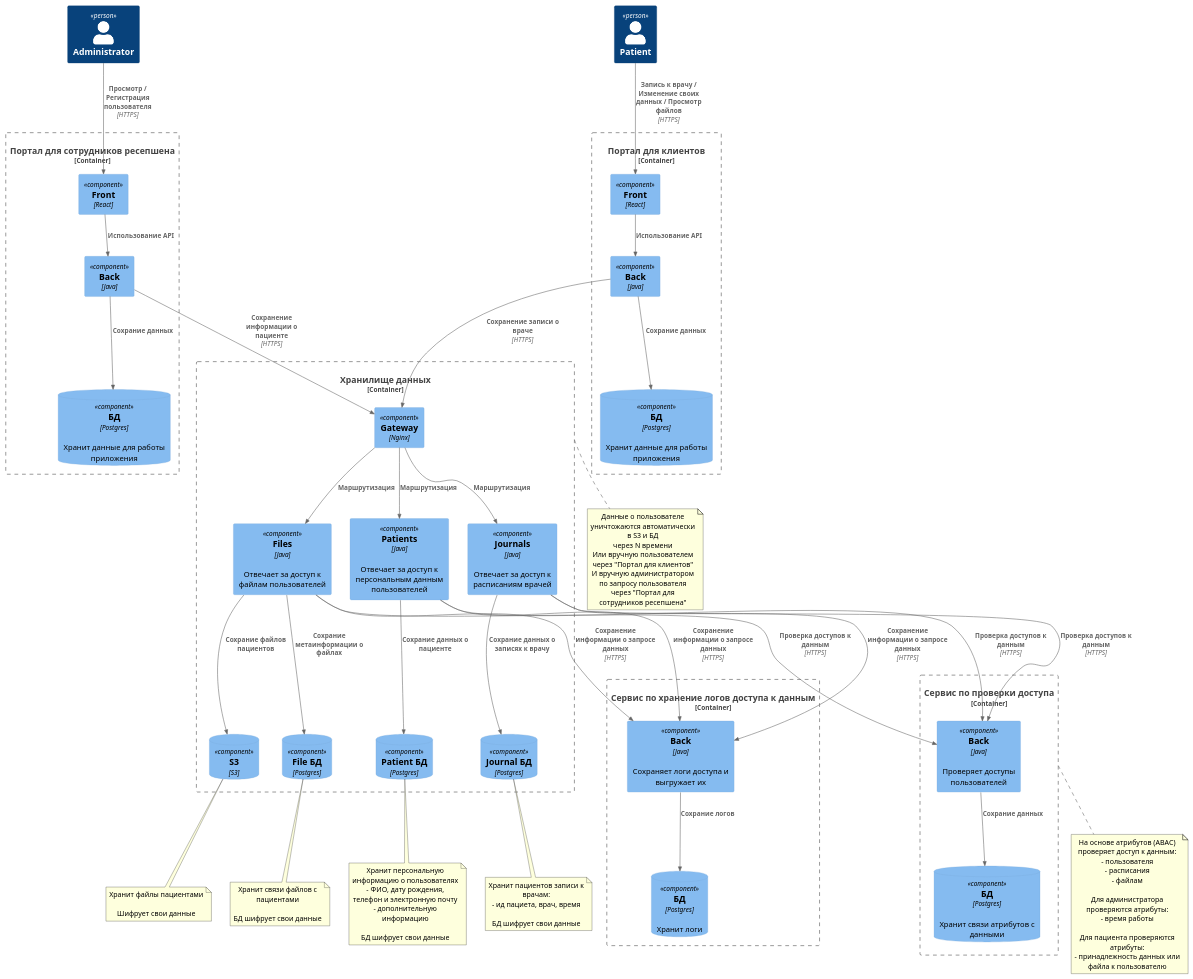
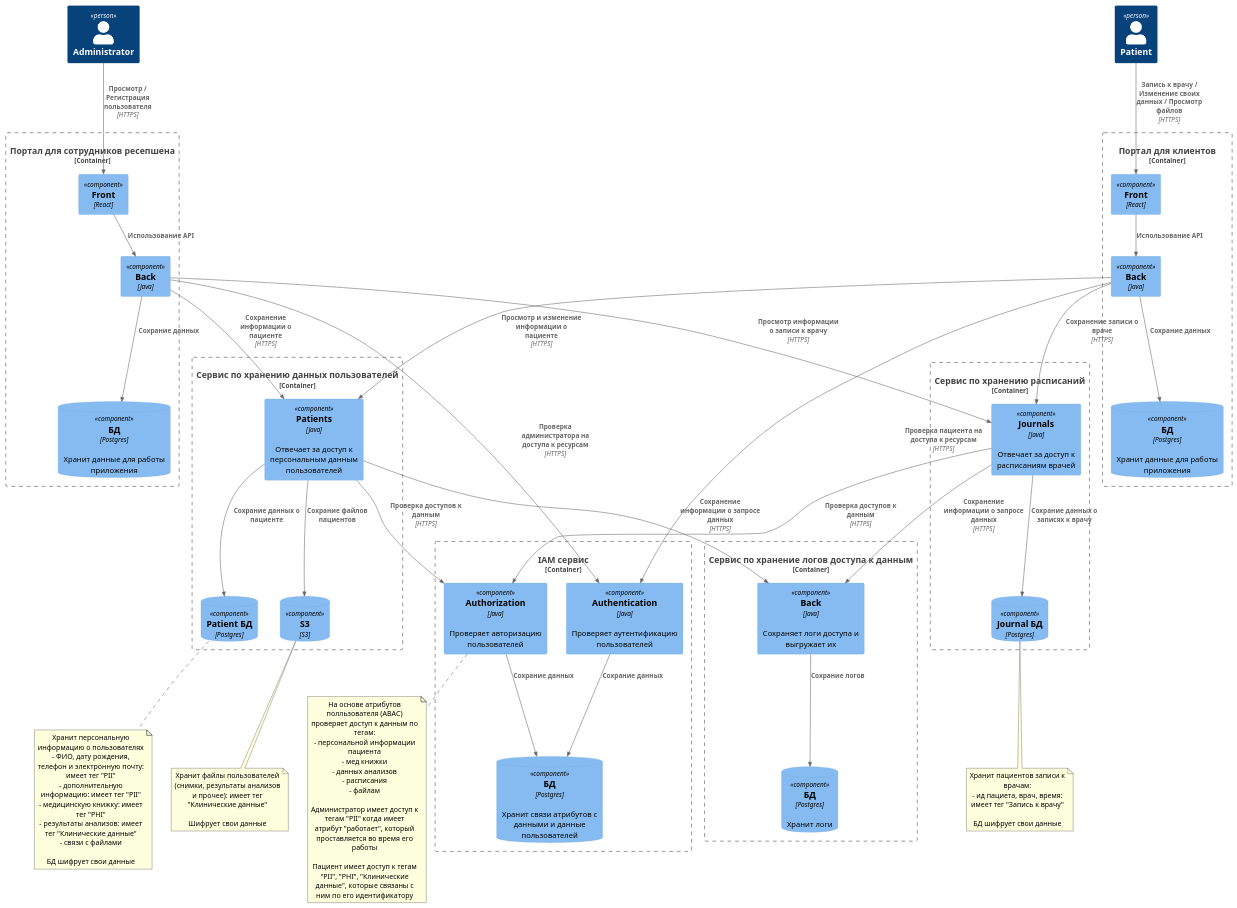
The diagram in Exc2/C4_container.puml (Implozium/architecture-sprint-10), drawn with PlantUML before and after one commit. The commit also changed 1 other file, not shown here.

```diff
--- a/Exc2/C4_container.puml
+++ b/Exc2/C4_container.puml
@@ -1,123 +1,112 @@
 @startuml
 !include https://raw.githubusercontent.com/plantuml-stdlib/C4-PlantUML/master/C4_Component.puml
 
 Person(administrator, "Administrator")
 Person(patient, "Patient")
 
 Container_Boundary(logService, "Сервис по хранение логов доступа к данным") {
     Component(logServiceBack, "Back", "Java", "Сохраняет логи доступа и выгружает их")
     ComponentDb(logServiceDB, "БД", "Postgres", "Хранит логи")
 
     Rel(logServiceBack, logServiceDB, "Сохрание логов")
 }
 
-Container_Boundary(accessService, "Сервис по проверки доступа") {
-    Component(accessServiceBack, "Back", "Java", "Проверяет доступы пользователей")
-    ComponentDb(accessServiceDB, "БД", "Postgres", "Хранит связи атрибутов с данными")
+Container_Boundary(iamService, "IAM сервис") {
+    Component(iamServiceAuthentication, "Authentication", "Java", "Проверяет аутентификацию пользователей")
+    Component(iamServiceAuthorization, "Authorization", "Java", "Проверяет авторизацию пользователей")
+    ComponentDb(iamServiceDB, "БД", "Postgres", "Хранит связи атрибутов с данными и данные пользователей")
 
-    Rel(accessServiceBack, accessServiceDB, "Сохрание данных")
+    Rel(iamServiceAuthentication, iamServiceDB, "Сохрание данных")
+    Rel(iamServiceAuthorization, iamServiceDB, "Сохрание данных")
 }
 
-note bottom of accessService
-На основе атрибутов (ABAC) проверяет доступ к данным:
-- пользователя
+note bottom of iamServiceAuthorization
+На основе атрибутов полльзователя (ABAC) проверяет доступ к данным по тегам:
+- персональной информации пациента
+- мед книжки
+- данных анализов
 - расписания
 - файлам
 
-Для администратора проверяются атрибуты:
-- время работы
+Администратор имеет доступ к тегам "PII" когда имеет атрибут "работает", который проставляется во время его работы
 
-Для пациента проверяются атрибуты:
-- принадлежность данных или файла к пользователю 
+Пациент имеет доступ к тегам "PII", "PHI", "Клинические данные", которые связаны с ним по его идентификатору
 end note
 
-Container_Boundary(dataWarehouse, "Хранилище данных") {
-    Component(dataWarehouseGateway, "Gateway", "Nginx")
-    Component(dataWarehousePatients, "Patients", "Java", "Отвечает за доступ к персональным данным пользователей")
-    Component(dataWarehouseJournals, "Journals", "Java", "Отвечает за доступ к расписаниям врачей")
-    Component(dataWarehouseFiles, "Files", "Java", "Отвечает за доступ к файлам пользователей")
+Container_Boundary(patientService, "Сервис по хранению данных пользователей") {
+    Component(patientsCore, "Patients", "Java", "Отвечает за доступ к персональным данным пользователей")
+    ComponentDb(patientDB, "Patient БД", "Postgres")
+    ComponentDb(patientS3, "S3", "S3")
 
-    ComponentDb(dataWarehousePatientDB, "Patient БД", "Postgres")
-    ComponentDb(dataWarehouseJournalDB, "Journal БД", "Postgres")
-    ComponentDb(dataWarehouseFileDB, "File БД", "Postgres")
-
-    ComponentDb(dataWarehouseS3, "S3", "S3")
-
-    Rel(dataWarehousePatients, dataWarehousePatientDB, "Сохрание данных о пациенте")
-    Rel(dataWarehouseJournals, dataWarehouseJournalDB, "Сохрание данных о записях к врачу")
-    Rel(dataWarehouseFiles, dataWarehouseFileDB, "Сохрание метаинформации о файлах")
-    Rel(dataWarehouseFiles, dataWarehouseS3, "Сохрание файлов пациентов")
-
-    Rel(dataWarehouseGateway, dataWarehousePatients, "Маршрутизация")
-    Rel(dataWarehouseGateway, dataWarehouseJournals, "Маршрутизация")
-    Rel(dataWarehouseGateway, dataWarehouseFiles, "Маршрутизация")
+    Rel(patientsCore, patientS3, "Сохрание файлов пациентов")
+    Rel(patientsCore, patientDB, "Сохрание данных о пациенте")
 }
 
-note bottom of dataWarehousePatientDB
+note bottom of patientDB
 Хранит персональную информацию о пользователях
-- ФИО, дату рождения, телефон и электронную почту
-- дополнительную информацию
+- ФИО, дату рождения, телефон и электронную почту: имеет тег "PII"
+- дополнительную информацию: имеет тег "PII"
+- медицинскую книжку: имеет тег "PHI"
+- результаты анализов: имеет тег "Клинические данные"
+- связи с файлами
 
 БД шифрует свои данные
 end note
 
-note bottom of dataWarehouseJournalDB
-Хранит пациентов записи к врачам:
-- ид пациета, врач, время
-
-БД шифрует свои данные
-end note
-
-note bottom of dataWarehouseFileDB
-Хранит связи файлов с пациентами
-
-БД шифрует свои данные
-end note
-
-note bottom of dataWarehouseS3
-Хранит файлы пациентами
+note bottom of patientS3
+Хранит файлы пользователей (снимки, результаты анализов и прочее): имеет тег "Клинические данные"
 
 Шифрует свои данные
 end note
 
-note bottom of dataWarehouse
-Данные о пользователе уничтожаются автоматически в S3 и БД
-через N времени
-Или вручную пользователем через "Портал для клиентов"
-И вручную администратором по запросу пользователя через "Портал для сотрудников ресепшена"
+Container_Boundary(journalService, "Сервис по хранению расписаний") {
+    Component(journalCore, "Journals", "Java", "Отвечает за доступ к расписаниям врачей")
+    ComponentDb(journalDB, "Journal БД", "Postgres")
+
+    Rel(journalCore, journalDB, "Сохрание данных о записях к врачу")
+}
+
+note bottom of journalDB
+Хранит пациентов записи к врачам:
+- ид пациета, врач, время: имеет тег "Запись к врачу"
+
+БД шифрует свои данные
 end note
 
 Container_Boundary(clientPortal, "Портал для клиентов") {
     Component(clientPortalFront, "Front", "React")
     Component(clientPortalBack, "Back", "Java")
     ComponentDb(clientPortalDB, "БД", "Postgres", "Хранит данные для работы приложения")
 
     Rel(clientPortalFront, clientPortalBack, "Использование API")
     Rel(clientPortalBack, clientPortalDB, "Сохрание данных")
 }
 
 Container_Boundary(administratorPortal, "Портал для сотрудников ресепшена") {
     Component(administratorPortalFront, "Front", "React")
     Component(administratorPortalBack, "Back", "Java")
     ComponentDb(administratorPortalDB, "БД", "Postgres", "Хранит данные для работы приложения")
 
     Rel(administratorPortalFront, administratorPortalBack, "Использование API")
     Rel(administratorPortalBack, administratorPortalDB, "Сохрание данных")
 }
 
-Rel(clientPortalBack, dataWarehouseGateway, "Сохранение записи о враче", "HTTPS")
-Rel(administratorPortalBack, dataWarehouseGateway, "Сохранение информации о пациенте", "HTTPS")
+Rel(clientPortalBack, journalCore, "Сохранение записи о враче", "HTTPS")
+Rel(clientPortalBack, patientsCore, "Просмотр и изменение информации о пациенте", "HTTPS")
+Rel(clientPortalBack, iamServiceAuthentication, "Проверка пациента на доступа к ресурсам", "HTTPS")
+
+Rel(administratorPortalBack, patientsCore, "Сохранение информации о пациенте", "HTTPS")
+Rel(administratorPortalBack, journalCore, "Просмотр информации о записи к врачу", "HTTPS")
+Rel(administratorPortalBack, iamServiceAuthentication, "Проверка администратора на доступа к ресурсам", "HTTPS")
 
 Rel(patient, clientPortalFront, "Запись к врачу / Изменение своих данных / Просмотр файлов", "HTTPS")
 
 Rel(administrator, administratorPortalFront, "Просмотр / Регистрация пользователя", "HTTPS")
 
-Rel(dataWarehousePatients, accessServiceBack, "Проверка доступов к данным", "HTTPS")
-Rel(dataWarehouseJournals, accessServiceBack, "Проверка доступов к данным", "HTTPS")
-Rel(dataWarehouseFiles, accessServiceBack, "Проверка доступов к данным", "HTTPS")
+Rel(patientsCore, iamServiceAuthorization, "Проверка доступов к данным", "HTTPS")
+Rel(journalCore, iamServiceAuthorization, "Проверка доступов к данным", "HTTPS")
 
-Rel(dataWarehousePatients, logServiceBack, "Сохранение информации о запросе данных", "HTTPS")
-Rel(dataWarehouseJournals, logServiceBack, "Сохранение информации о запросе данных", "HTTPS")
-Rel(dataWarehouseFiles, logServiceBack, "Сохранение информации о запросе данных", "HTTPS")
+Rel(patientsCore, logServiceBack, "Сохранение информации о запросе данных", "HTTPS")
+Rel(journalCore, logServiceBack, "Сохранение информации о запросе данных", "HTTPS")
 
 @enduml
```
